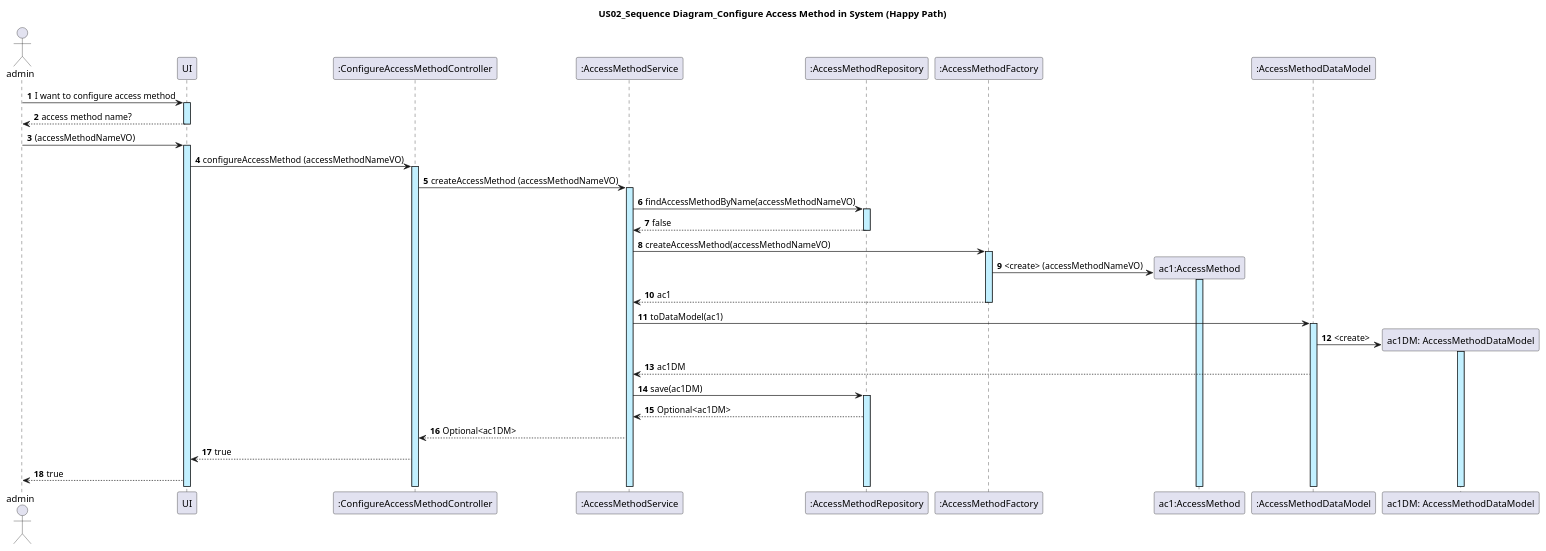
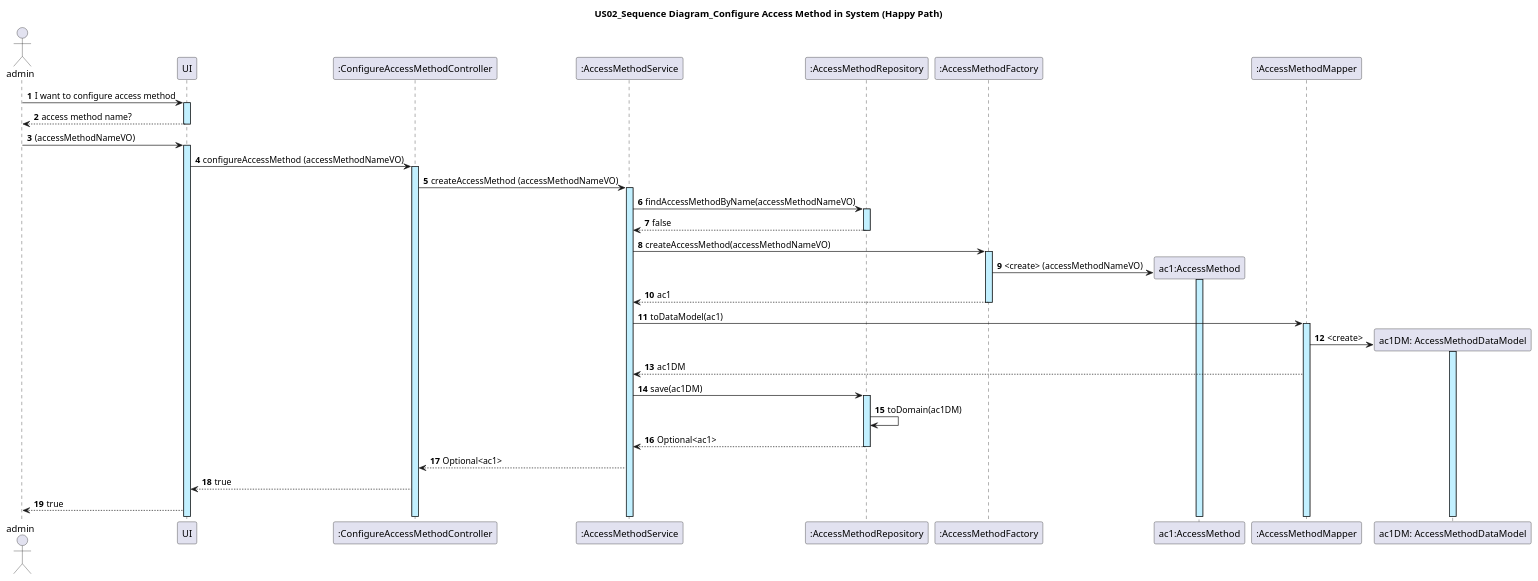
The diagram in docs/US02/US02_ConfigureAccessMethod_JPA_SequenceDiagram.puml (GasparISEP/DevOps-PAI), drawn with PlantUML before and after one commit.

Commit message:
refactor US02 sequence diagram. refs #299

```diff
--- a/docs/US02/US02_ConfigureAccessMethod_JPA_SequenceDiagram.puml
+++ b/docs/US02/US02_ConfigureAccessMethod_JPA_SequenceDiagram.puml
@@ -1,29 +1,30 @@
 @startuml
 actor admin
 autonumber
 
 title: US02_Sequence Diagram_Configure Access Method in System (Happy Path)
 
 admin -> UI ++ #application : I want to configure access method
 UI --> admin -- : access method name?
 admin -> UI ++ #application :(accessMethodNameVO)
 UI -> ":ConfigureAccessMethodController" as ConfigureAccessMethodController ++ #application : configureAccessMethod (accessMethodNameVO)
 
 
 ConfigureAccessMethodController -> ":AccessMethodService" ++ #application : createAccessMethod (accessMethodNameVO)
 ":AccessMethodService" -> ":AccessMethodRepository" ++ #application:  findAccessMethodByName(accessMethodNameVO)
 ":AccessMethodRepository" --> ":AccessMethodService" -- #application: false
 ":AccessMethodService" -> ":AccessMethodFactory" as AccessMethodFactory ++ #application: createAccessMethod(accessMethodNameVO)
 create "ac1:AccessMethod" as AccessMethod
 AccessMethodFactory -> AccessMethod  ++ #application  : <create> (accessMethodNameVO)
 AccessMethodFactory --> ":AccessMethodService" -- : ac1
-":AccessMethodService" -> ":AccessMethodDataModel" ++ #application: toDataModel(ac1)
+":AccessMethodService" -> ":AccessMethodMapper" ++ #application: toDataModel(ac1)
 create "ac1DM: AccessMethodDataModel" as AccessMethodDataModel
-":AccessMethodDataModel" -> AccessMethodDataModel ++ #application: <create>
-":AccessMethodDataModel" --> ":AccessMethodService" : ac1DM
+":AccessMethodMapper" -> AccessMethodDataModel ++ #application: <create>
+":AccessMethodMapper" --> ":AccessMethodService" : ac1DM
 ":AccessMethodService" -> ":AccessMethodRepository" ++ #application: save(ac1DM)
-":AccessMethodRepository" --> ":AccessMethodService": Optional<ac1DM>
-":AccessMethodService" --> ConfigureAccessMethodController: Optional<ac1DM>
+":AccessMethodRepository" -> ":AccessMethodRepository": toDomain(ac1DM)
+":AccessMethodRepository" --> ":AccessMethodService" --: Optional<ac1>
+":AccessMethodService" --> ConfigureAccessMethodController: Optional<ac1>
 ConfigureAccessMethodController --> UI: true
 UI --> admin: true
 @enduml
```
